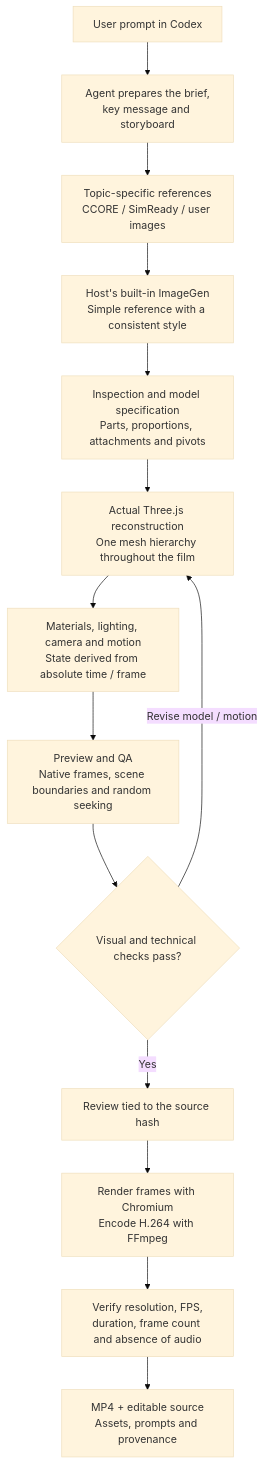
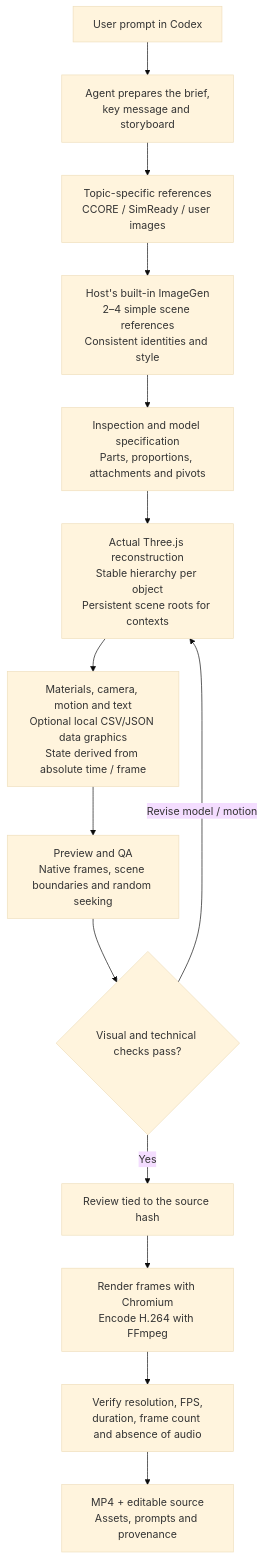
The fourth of 4 diagrams in README.md (kohryan/unrealmotion-skill), drawn with Mermaid (base theme) before and after one commit. The commit also changed other lines of this file and 59 other files, not shown here.

Commit message:
feat: release UnrealMotion 1.1 with dynamic stories and data motion

````diff
--- a/README.md
+++ b/README.md
@@ -419,16 +449,16 @@
 ```mermaid
 flowchart TD
     P["User prompt in Codex"] --> Q["Agent prepares the brief,<br/>key message and storyboard"]
     Q --> R["Topic-specific references<br/>CCORE / SimReady / user images"]
-    R --> S["Host's built-in ImageGen<br/>Simple reference with a consistent style"]
+    R --> S["Host's built-in ImageGen<br/>2–4 simple scene references<br/>Consistent identities and style"]
     S --> T["Inspection and model specification<br/>Parts, proportions, attachments and pivots"]
-    T --> U["Actual Three.js reconstruction<br/>One mesh hierarchy throughout the film"]
-    U --> V["Materials, lighting, camera and motion<br/>State derived from absolute time / frame"]
+    T --> U["Actual Three.js reconstruction<br/>Stable hierarchy per object<br/>Persistent scene roots for contexts"]
+    U --> V["Materials, camera, motion and text<br/>Optional local CSV/JSON data graphics<br/>State derived from absolute time / frame"]
     V --> W["Preview and QA<br/>Native frames, scene boundaries and random seeking"]
     W --> X{"Visual and technical checks pass?"}
     X -->|Revise model / motion| U
     X -->|Yes| Y["Review tied to the source hash"]
     Y --> Z["Render frames with Chromium<br/>Encode H.264 with FFmpeg"]
     Z --> AA["Verify resolution, FPS,<br/>duration, frame count and absence of audio"]
     AA --> AB["MP4 + editable source<br/>Assets, prompts and provenance"]
 ```
````
